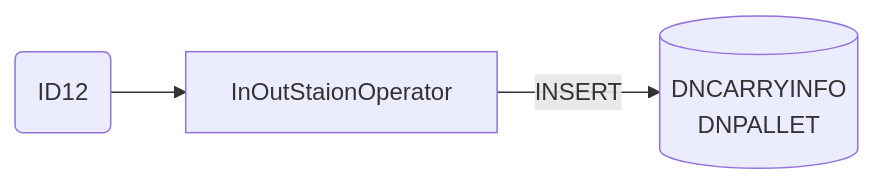
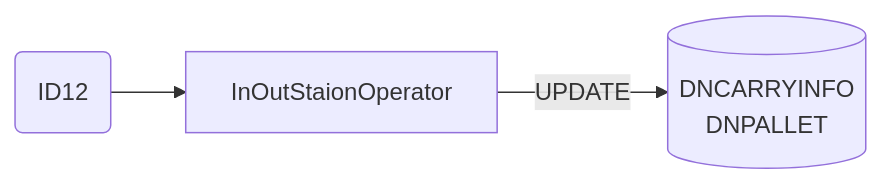
The sixth of 17 diagrams in Basic-Design/DFD-WMS/Retrieval/QC-Setting/Retrieval-for-QC-Start.md (luthfiadityaa/SimeDarby-Wiki), drawn with Mermaid before and after one commit.

Commit message:
Updated Retrieval for QC Start

```diff
--- a/Basic-Design/DFD-WMS/Retrieval/QC-Setting/Retrieval-for-QC-Start.md
+++ b/Basic-Design/DFD-WMS/Retrieval/QC-Setting/Retrieval-for-QC-Start.md
@@ -293,17 +293,17 @@
 ::: mermaid
 flowchart LR
 
 id26msg("
 ID12
 ")
 
 id26-insert[("
 DNCARRYINFO
 DNPALLET
 ")]
 
 inoutstationoperator[InOutStaionOperator]
 
 id26msg-->inoutstationoperator
-inoutstationoperator--> |INSERT| id26-insert
+inoutstationoperator--> |UPDATE| id26-insert
 :::
```
